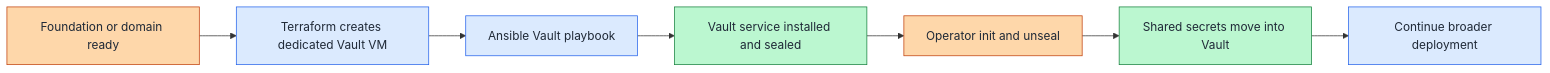
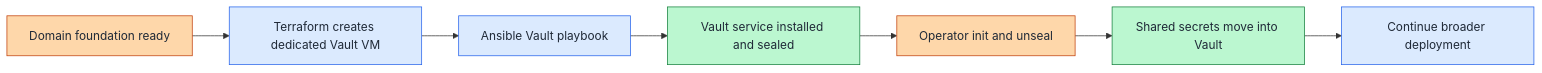
The diagram in docs/foundation/vault-foundation-deployment.md (Rexus/homelab), drawn with Mermaid before and after one commit. The commit also changed other lines of this file and 17 other files, not shown here.

Commit message:
docs: update foundation and domain layer to domain foundation layer, update maturity path, and remove references to foundation or domain layer

````diff
--- a/docs/foundation/vault-foundation-deployment.md
+++ b/docs/foundation/vault-foundation-deployment.md
@@ -19,17 +19,17 @@
 ```mermaid
 flowchart LR
-  A[Foundation or domain ready] --> B[Terraform creates dedicated Vault VM]
+  A[Domain foundation ready] --> B[Terraform creates dedicated Vault VM]
   B --> C[Ansible Vault playbook]
   C --> D[Vault service installed and sealed]
   D --> E[Operator init and unseal]
   E --> F[Shared secrets move into Vault]
   F --> G[Continue broader deployment]
 
   classDef mgmtNode fill:#fed7aa,stroke:#c2410c,color:#1f2937
   classDef buildNode fill:#dbeafe,stroke:#2563eb,color:#1f2937
   classDef vaultNode fill:#bbf7d0,stroke:#15803d,color:#1f2937
 
   class A,E mgmtNode
   class B,C,G buildNode
   class D,F vaultNode
 ```
````
